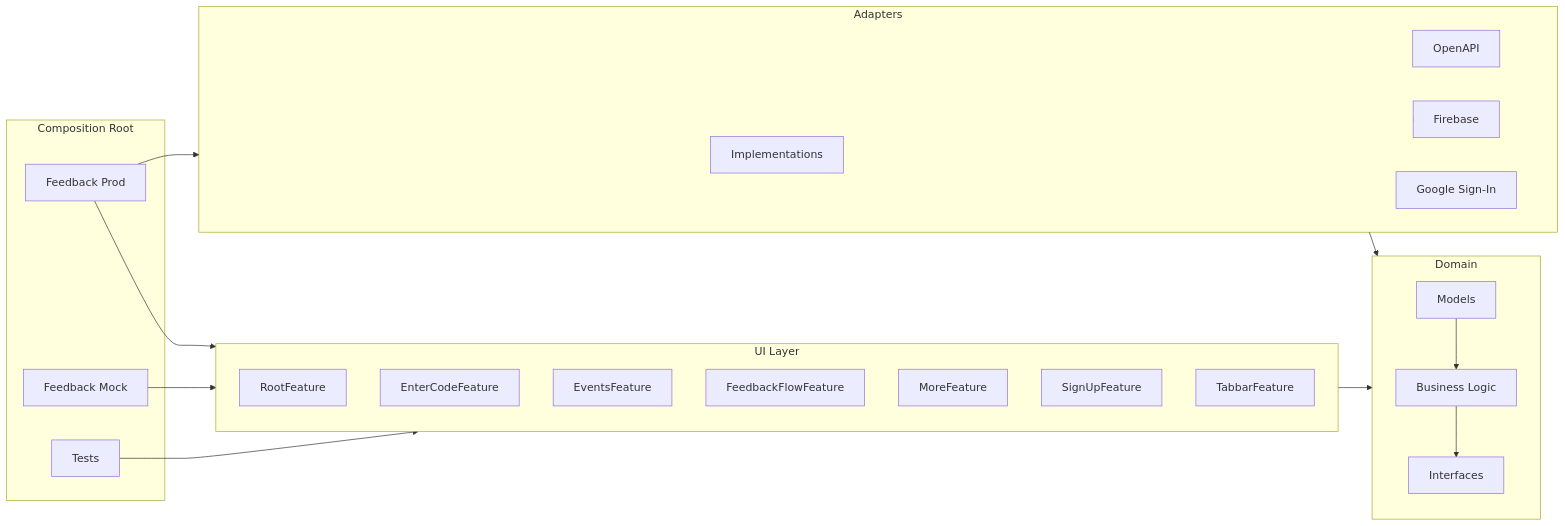
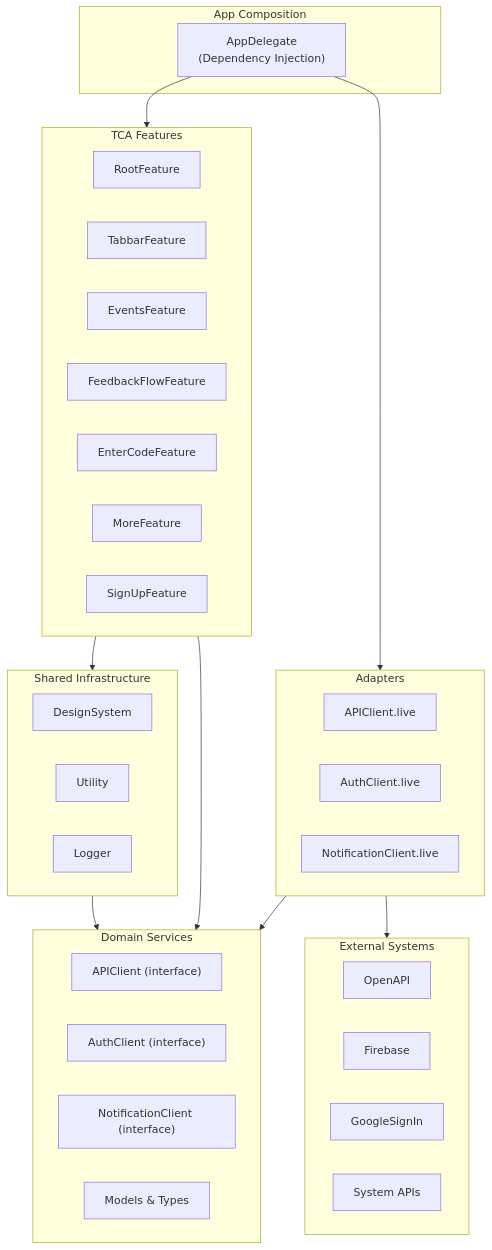
Before and after one commit to FeedbackFriends/feedback-ios: the diagram in README.md, drawn with Mermaid. The commit also changed other lines of this file and 37 other files, not shown here.

Commit message:
Add new feedback types

````diff
--- a/README.md
+++ b/README.md
@@ -63,52 +204,61 @@
 ```mermaid
 ---
 config:
   layout: dagre
 ---
-flowchart LR
-    %% Layers
-    subgraph UI[UI Layer]
+flowchart TD
+    %% TCA Features (main architectural units)
+    subgraph Features[TCA Features]
         RootFeature
-        EnterCodeFeature
+        TabbarFeature
         EventsFeature
         FeedbackFlowFeature
+        EnterCodeFeature
         MoreFeature
         SignUpFeature
-        TabbarFeature
     end
 
-    subgraph Domain[Domain]
-        Models[Models]
-        Interfaces[Interfaces]
-        BusinessLogic["Business Logic"]
+    %% Shared Infrastructure
+    subgraph Infrastructure[Shared Infrastructure]
+        DesignSystem
+        Utility
+        Logger
     end
 
-    subgraph CompositionRoot[Composition Root]
-        FeedbackProd["Feedback Prod"]
-        FeedbackMock["Feedback Mock"]
-        Tests["Tests"]
+    %% Domain Services (interfaces)
+    subgraph Domain[Domain Services]
+        APIClient["APIClient (interface)"]
+        AuthClient["AuthClient (interface)"]
+        NotificationClient["NotificationClient (interface)"]
+        Models[Models & Types]
     end
 
+    %% Adapters (implementations)
     subgraph Adapters[Adapters]
-        Implementations["Implementations"]
-        OpenAPI[OpenAPI]
-        Firebase[Firebase]
-        GoogleSignIn["Google Sign-In"]
+        APILive["APIClient.live"]
+        AuthLive["AuthClient.live"]
+        NotificationLive["NotificationClient.live"]
     end
 
-    %% Dependency flow
-    UI --> Domain
+    %% External Systems
+    subgraph External[External Systems]
+        OpenAPI
+        Firebase
+        GoogleSignIn
+        SystemAPIs["System APIs"]
+    end
 
-    Models --> BusinessLogic
-    BusinessLogic --> Interfaces
+    %% App Composition
+    subgraph App[App Composition]
+        AppDelegate["AppDelegate\n(Dependency Injection)"]
+    end
 
-    Tests --> UI
-    FeedbackMock --> UI
-    FeedbackProd --> UI
-    FeedbackProd --> Adapters
-
+    %% Dependencies
+    Features --> Infrastructure
+    Features --> Domain
+    AppDelegate --> Features
+    AppDelegate --> Adapters
     Adapters --> Domain
-    Adapters --> OpenAPI
-    Adapters --> Firebase
-    Adapters --> GoogleSignIn
+    Adapters --> External
+    Infrastructure --> Domain
 ```
````
